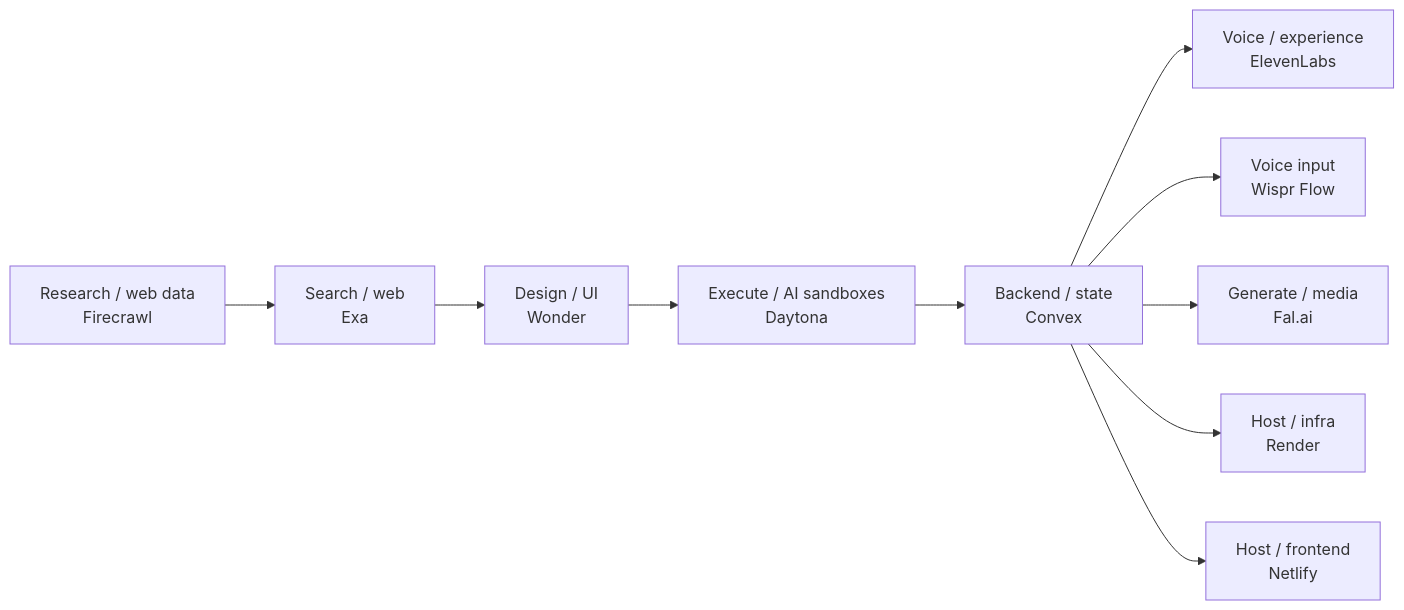
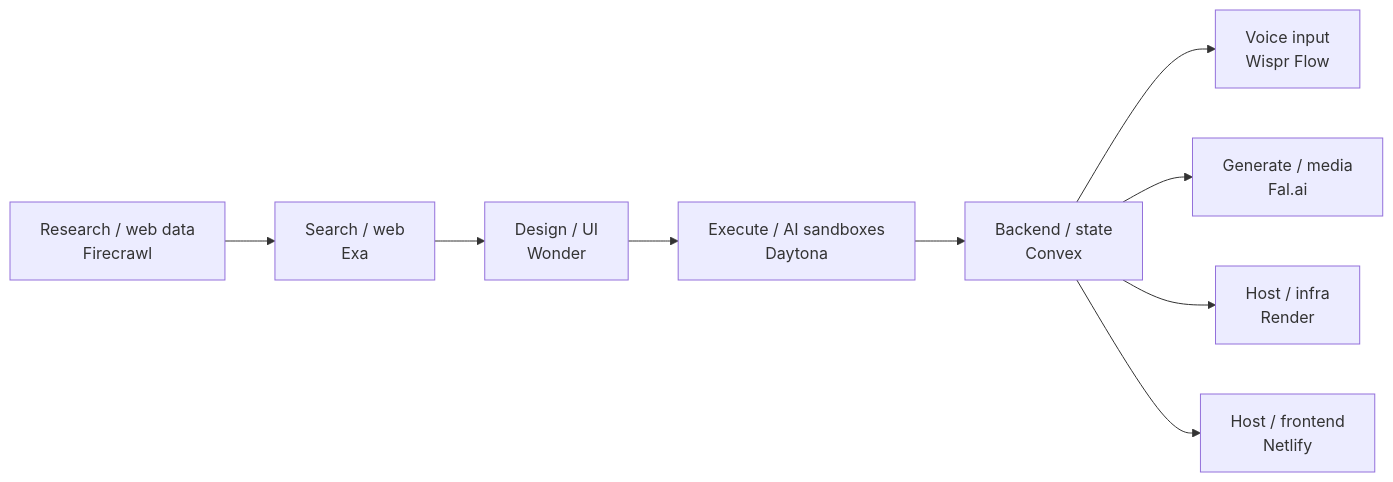
The diagram in docs/hackathon/sponsor-cheat-sheet.md (hadzija7/cursor-community-serbia), drawn with Mermaid before and after one commit. The commit also changed other lines of this file and 19 other files, not shown here.

First line of the commit message:
feat: teammate emails on submit; remove ElevenLabs (#32)

````diff
--- a/docs/hackathon/sponsor-cheat-sheet.md
+++ b/docs/hackathon/sponsor-cheat-sheet.md
@@ -17,19 +17,17 @@
 ```mermaid
 flowchart LR
   F["Research / web data<br/>Firecrawl"]
   X["Search / web<br/>Exa"]
   U["Design / UI<br/>Wonder"]
   D["Execute / AI sandboxes<br/>Daytona"]
   C["Backend / state<br/>Convex"]
-  E["Voice / experience<br/>ElevenLabs"]
   W["Voice input<br/>Wispr Flow"]
   A["Generate / media<br/>Fal.ai"]
   R["Host / infra<br/>Render"]
   N["Host / frontend<br/>Netlify"]
   F --> X --> U --> D --> C
-  C --> E
   C --> W
   C --> A
   C --> R
   C --> N
 ```
````
